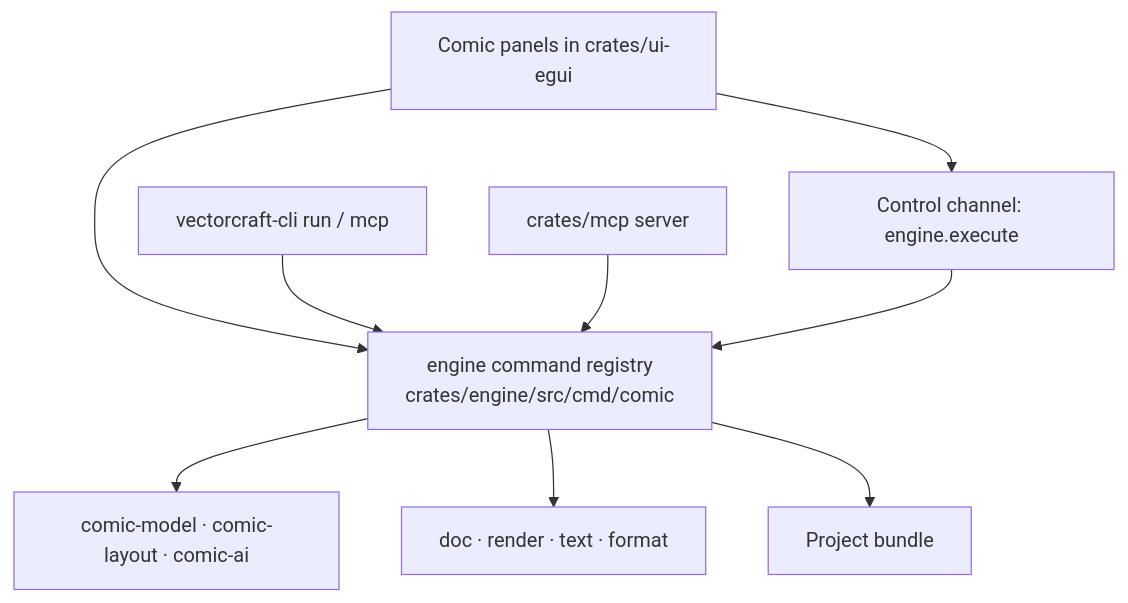
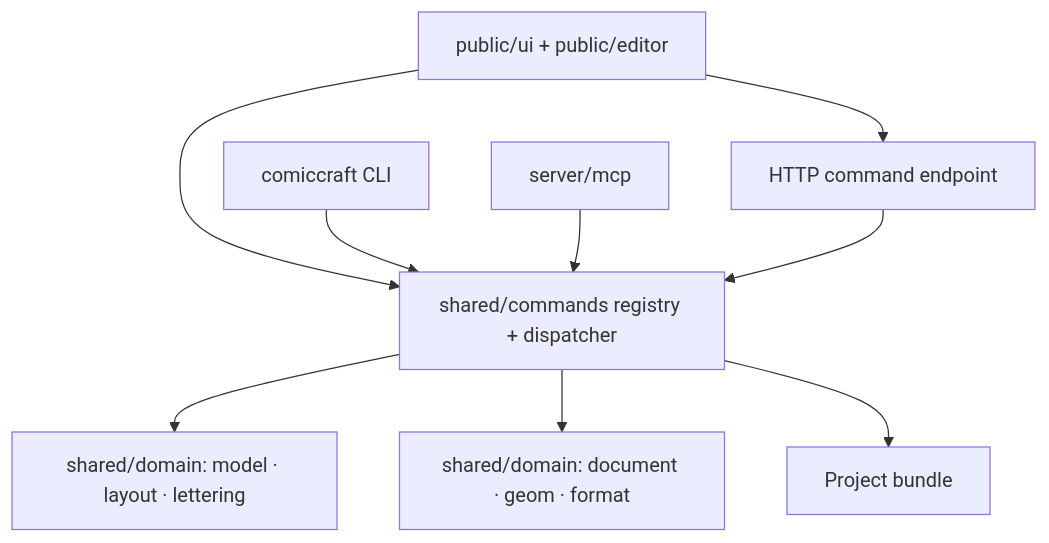
Before and after one commit to hvtai2025/comiccraft: the fifth of 5 diagrams in docs/comiccraft-design.md, drawn with Mermaid. The commit also changed other lines of this file and 1780 other files, not shown here.

````diff
--- a/docs/comiccraft-design.md
+++ b/docs/comiccraft-design.md
@@ -1064,20 +1041,20 @@
 ```mermaid
 flowchart TD
-    UI[Comic panels in crates/ui-egui]
-    CLI[vectorcraft-cli run / mcp]
-    MCP[crates/mcp server]
-    CTL[Control channel: engine.execute]
-    REG[engine command registry<br/>crates/engine/src/cmd/comic]
-    DOM[comic-model · comic-layout · comic-ai]
-    ENG[doc · render · text · format]
+    UI[public/ui + public/editor]
+    CLI[comiccraft CLI]
+    MCP[server/mcp]
+    CTL[HTTP command endpoint]
+    REG[shared/commands registry + dispatcher]
+    DOM[shared/domain: model · layout · lettering]
+    ENG[shared/domain: document · geom · format]
     STORE[Project bundle]
 
     UI --> CTL
     UI --> REG
     CLI --> REG
     MCP --> REG
     CTL --> REG
     REG --> DOM
     REG --> ENG
     REG --> STORE
 ```
````
